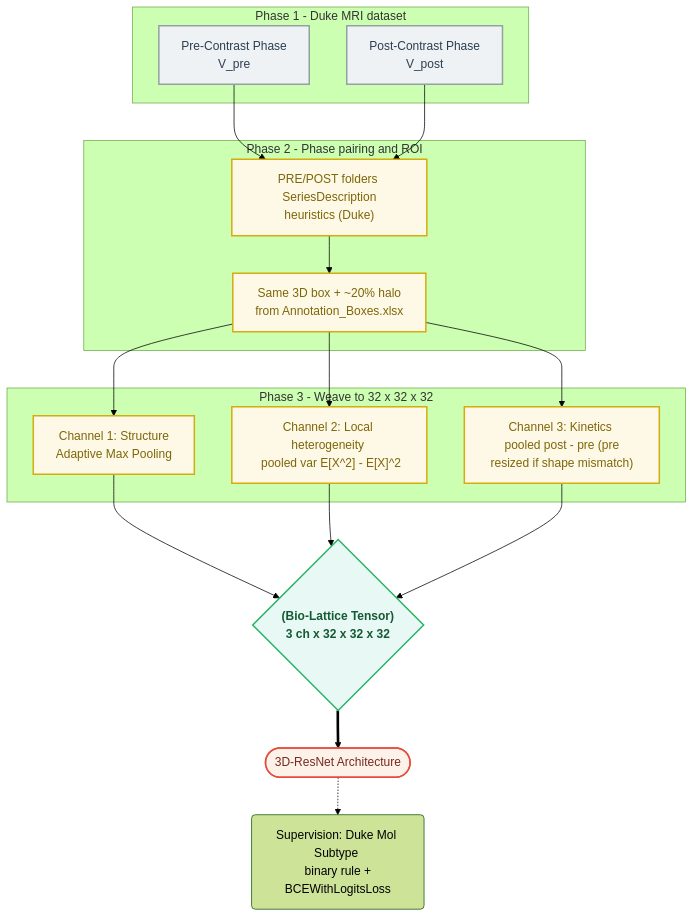
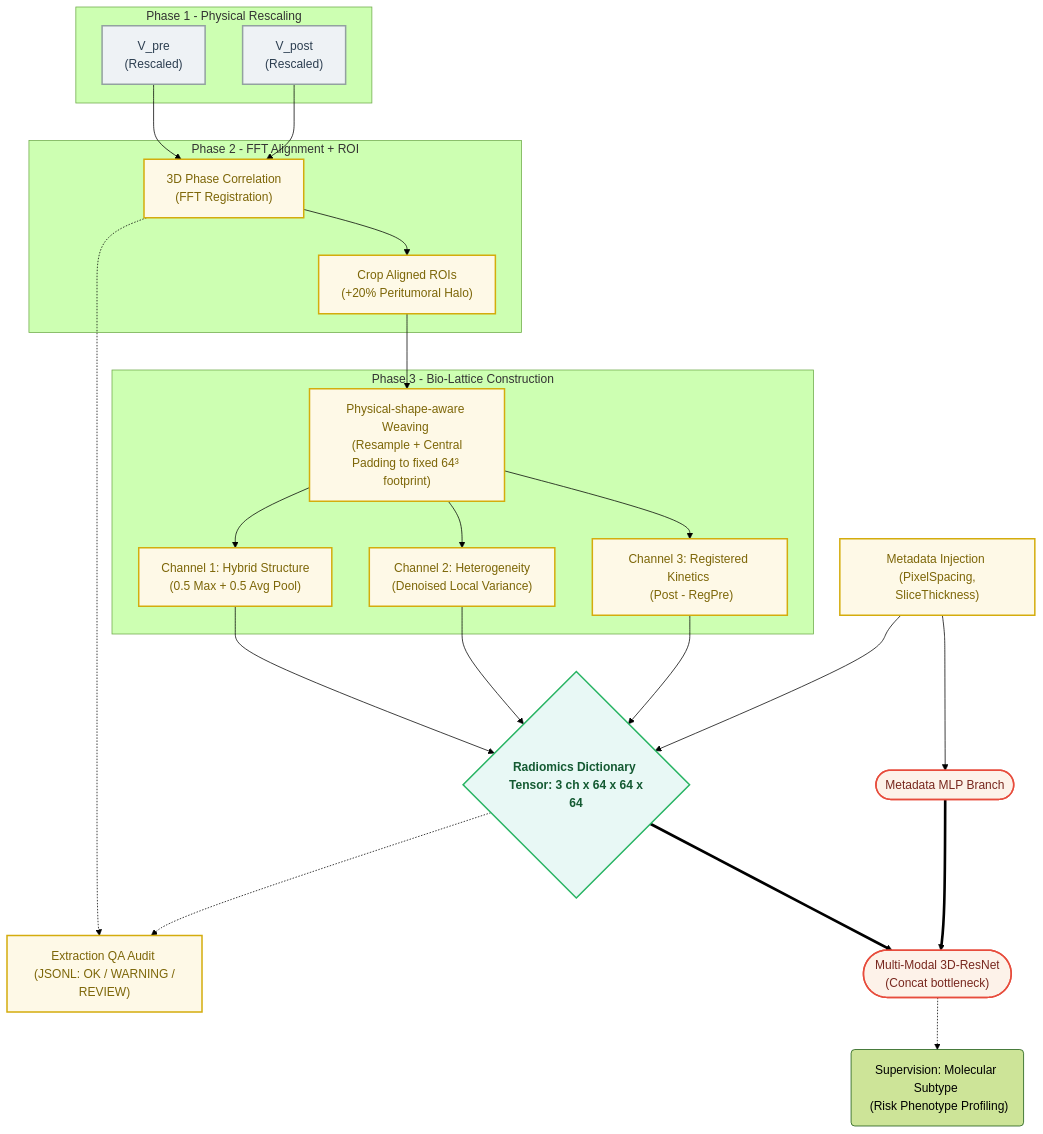
The diagram in README.md (msancheza/biolattice), drawn with Mermaid (forest theme) before and after one commit. The commit also changed other lines of this file and 6 other files, not shown here.

````diff
--- a/README.md
+++ b/README.md
@@ -65,48 +89,58 @@
 ```mermaid
 graph TD
     %% Global Styles
     classDef raw fill:#eef2f5,stroke:#93a1a1,stroke-width:2px,color:#2c3e50;
     classDef process fill:#fef9e7,stroke:#d4ac0d,stroke-width:2px,color:#7d6608;
     classDef tensor fill:#e8f8f5,stroke:#28b463,stroke-width:2px,color:#145a32,font-weight:bold;
     classDef net fill:#fdf2e9,stroke:#e74c3c,stroke-width:2px,color:#78281f;
 
     %% 1. Raw DICOM Sequences
-    subgraph phase1 ["Phase 1 - Duke MRI dataset"]
-        PRE["Pre-Contrast Phase <br/> V_pre"]:::raw
-        POST["Post-Contrast Phase <br/> V_post"]:::raw
+    subgraph phase1 ["Phase 1 - Physical Rescaling"]
+        PRE["V_pre <br/> (Rescaled)"]:::raw
+        POST["V_post <br/> (Rescaled)"]:::raw
     end
 
-    %% 2. Pairing + ROI (no rigid registration in code)
-    subgraph phase2 ["Phase 2 - Phase pairing and ROI"]
-        SEL["PRE/POST folders <br/> SeriesDescription heuristics (Duke)"]:::process
-        ROI["Same 3D box + ~20% halo <br/> from Annotation_Boxes.xlsx"]:::process
+    %% 2. Registration + ROI
+    subgraph phase2 ["Phase 2 - FFT Alignment + ROI"]
+        REG["3D Phase Correlation <br/> (FFT Registration)"]:::process
+        ROI["Crop Aligned ROIs <br/> (+20% Peritumoral Halo)"]:::process
     end
 
-    PRE --> SEL
-    POST --> SEL
-    SEL --> ROI
+    PRE --> REG
+    POST --> REG
+    REG --> ROI
 
     %% 3. The Tensor Weaver
-    subgraph phase3 ["Phase 3 - Weave to 32 x 32 x 32"]
-        C1["Channel 1: Structure <br/> Adaptive Max Pooling"]:::process
-        C2["Channel 2: Local heterogeneity <br/> pooled var E[X^2] - E[X]^2"]:::process
-        C3["Channel 3: Kinetics <br/> pooled post - pre (pre resized if shape mismatch)"]:::process
+    subgraph phase3 ["Phase 3 - Bio-Lattice Construction"]
+        ISO["Physical-shape-aware Weaving <br/> (Resample + Central Padding to fixed 64³ footprint)"]:::process
+        C1["Channel 1: Hybrid Structure <br/> (0.5 Max + 0.5 Avg Pool)"]:::process
+        C2["Channel 2: Heterogeneity <br/> (Denoised Local Variance)"]:::process
+        C3["Channel 3: Registered Kinetics <br/> (Post - RegPre)"]:::process
     end
 
-    ROI --> C1
-    ROI --> C2
-    ROI --> C3
+    ROI --> ISO
+    ISO --> C1
+    ISO --> C2
+    ISO --> C3
 
     %% 4. Final Output
-    CUB{"(Bio-Lattice Tensor) <br/> 3 ch x 32 x 32 x 32"}:::tensor
+    META["Metadata Injection <br/> (PixelSpacing, SliceThickness)"]:::process
+    CUB{"Radiomics Dictionary <br/> Tensor: 3 ch x 64 x 64 x 64"}:::tensor
+    QA["Extraction QA Audit <br/> (JSONL: OK / WARNING / REVIEW)"]:::process
     C1 --> CUB
     C2 --> CUB
     C3 --> CUB
+    META --> CUB
+    REG -.-> QA
+    CUB -.-> QA
 
     %% 5. Downstream Inference
-    RES(["3D-ResNet Architecture"]):::net
-    LOSS("Supervision: Duke Mol Subtype <br/> binary rule + BCEWithLogitsLoss")
+    MLP(["Metadata MLP Branch"]):::net
+    RES(["Multi-Modal 3D-ResNet <br/> (Concat bottleneck)"]):::net
+    LOSS("Supervision: Molecular Subtype <br/> (Risk Phenotype Profiling)")
 
     CUB ==> RES
+    META --> MLP
+    MLP ==> RES
     RES -.-> LOSS
 ```
````
